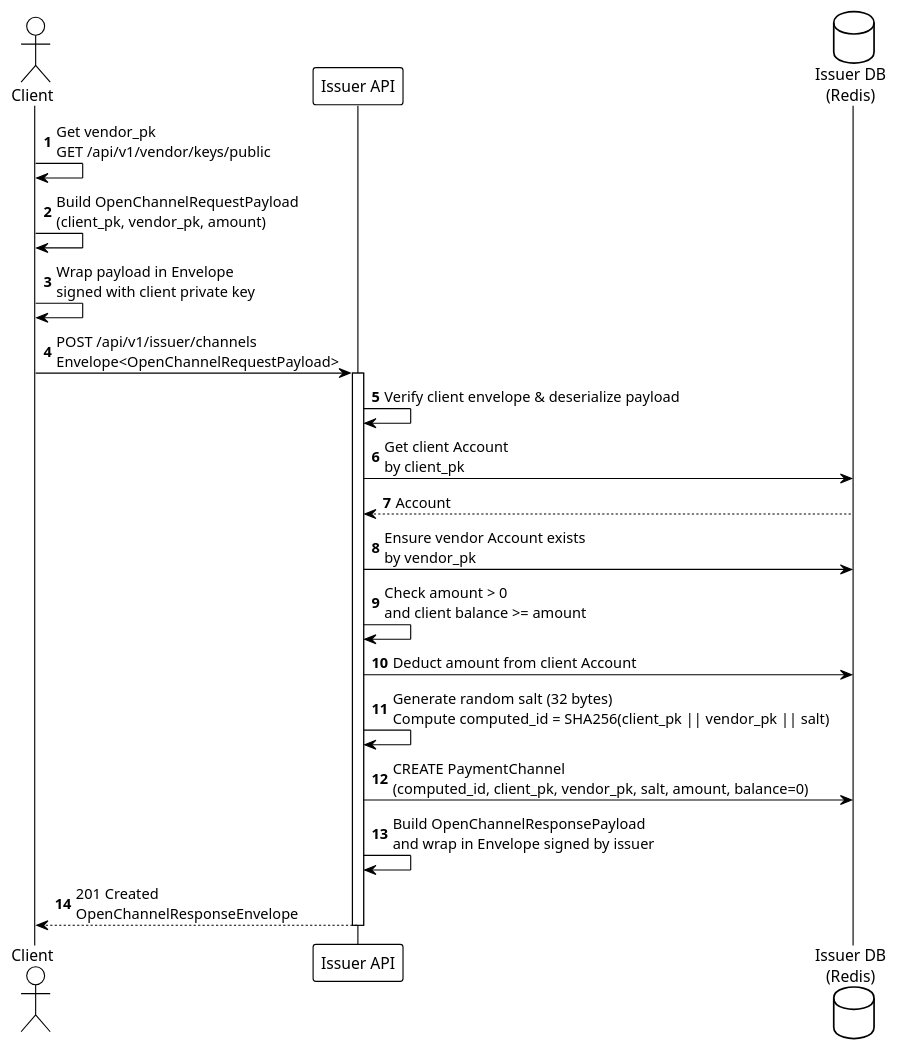
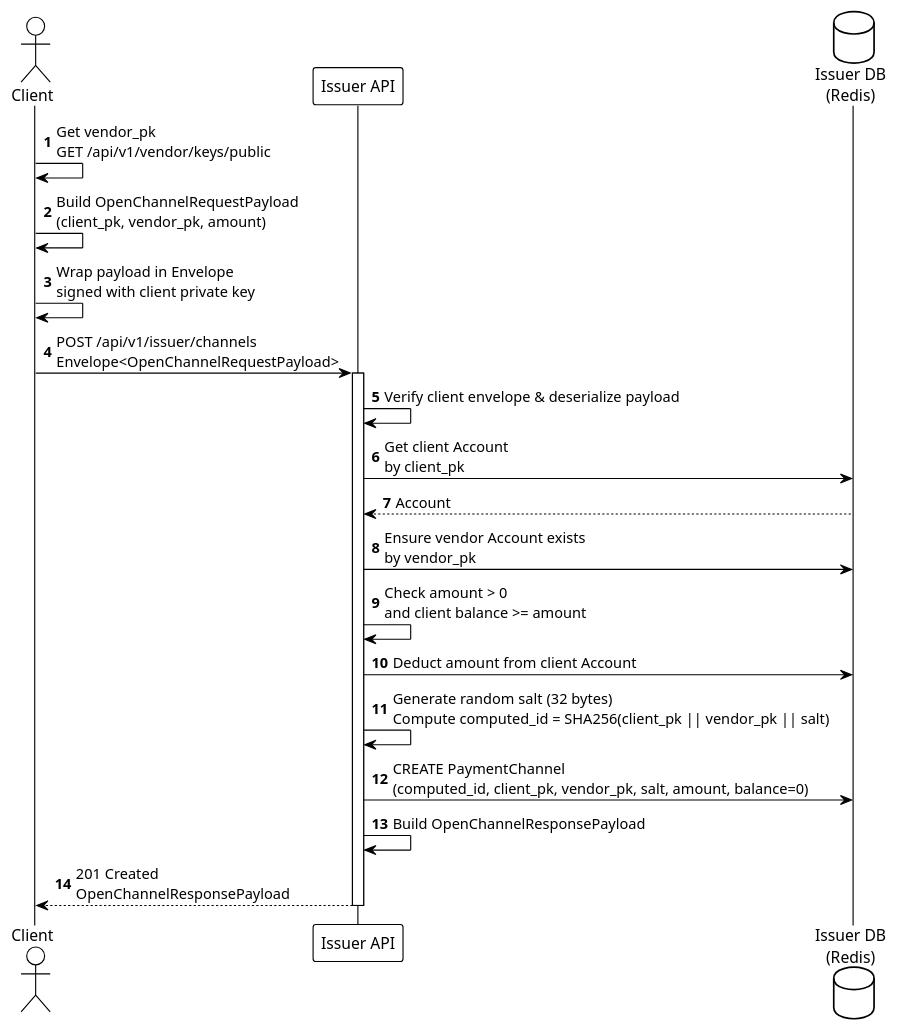
Before and after one commit to otaviootavio/nanomoni: the diagram in umls/phase1b-channel-opening.puml, drawn with PlantUML. The commit also changed 5 other files, not shown here.

First line of the commit message:
Refactor payment channel response handling and update documentation

```diff
--- a/umls/phase1b-channel-opening.puml
+++ b/umls/phase1b-channel-opening.puml
@@ -1,37 +1,36 @@
 @startuml Phase1b_Channel_Opening
 
 !theme plain
 autonumber
 
 actor "Client" as Client
 participant "Issuer API" as Issuer
 database "Issuer DB\n(Redis)" as IssuerDB
 
 Client -> Client: Get vendor_pk\nGET /api/v1/vendor/keys/public
 
 Client -> Client: Build OpenChannelRequestPayload\n(client_pk, vendor_pk, amount)
 Client -> Client: Wrap payload in Envelope\nsigned with client private key
 
 Client -> Issuer: POST /api/v1/issuer/channels\nEnvelope<OpenChannelRequestPayload>
 activate Issuer
 
 Issuer -> Issuer: Verify client envelope & deserialize payload
 
 
 Issuer -> IssuerDB: Get client Account\nby client_pk
 IssuerDB --> Issuer: Account
 
 Issuer -> IssuerDB: Ensure vendor Account exists\nby vendor_pk
 
 Issuer -> Issuer: Check amount > 0\nand client balance >= amount
 Issuer -> IssuerDB: Deduct amount from client Account
 
 Issuer -> Issuer: Generate random salt (32 bytes)\nCompute computed_id = SHA256(client_pk || vendor_pk || salt)
 Issuer -> IssuerDB: CREATE PaymentChannel\n(computed_id, client_pk, vendor_pk, salt, amount, balance=0)
 
-Issuer -> Issuer: Build OpenChannelResponsePayload\nand wrap in Envelope signed by issuer
-
-Issuer --> Client: 201 Created\nOpenChannelResponseEnvelope
+Issuer -> Issuer: Build OpenChannelResponsePayload
+Issuer --> Client: 201 Created\nOpenChannelResponsePayload
 deactivate Issuer
 
 @enduml
```
